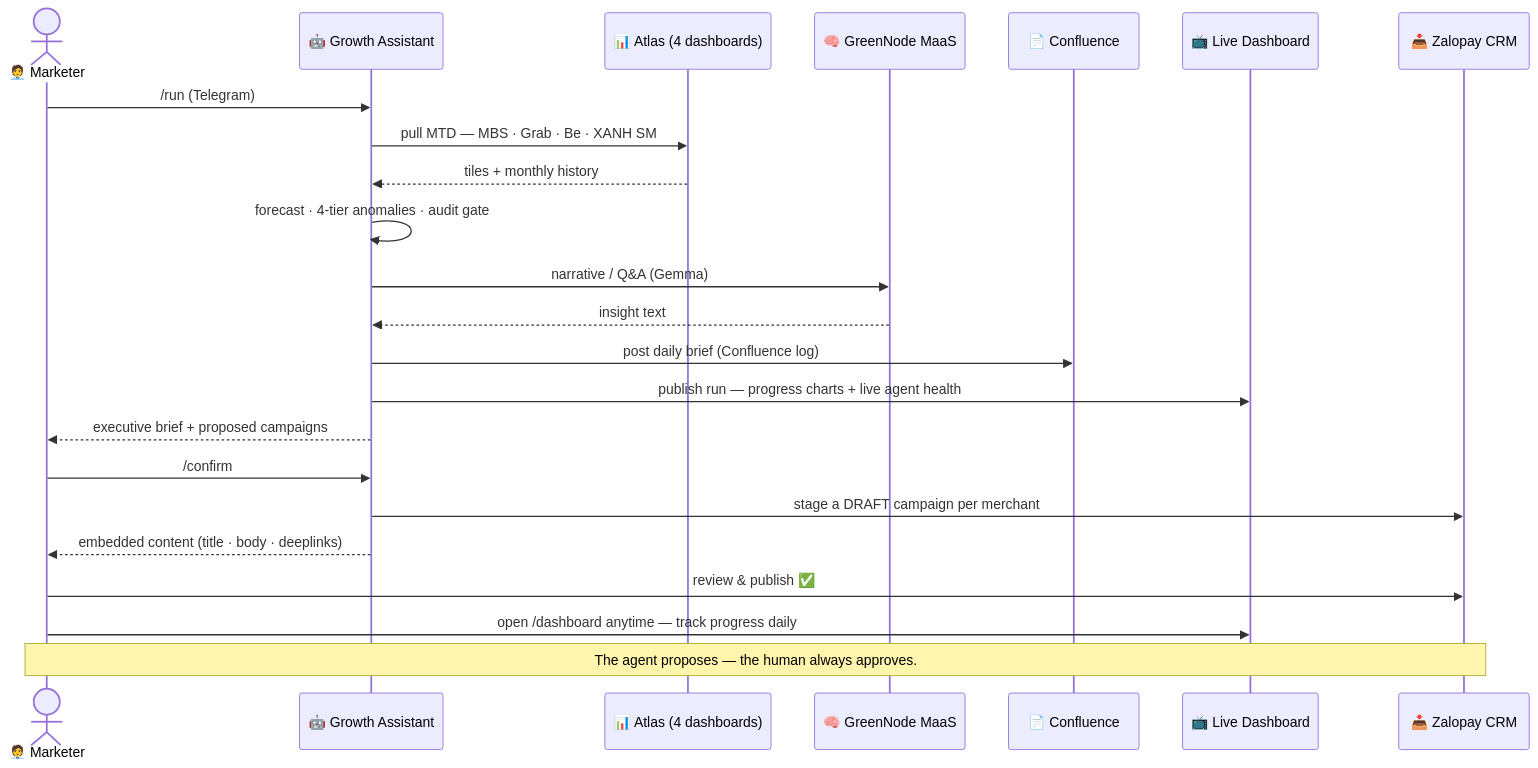
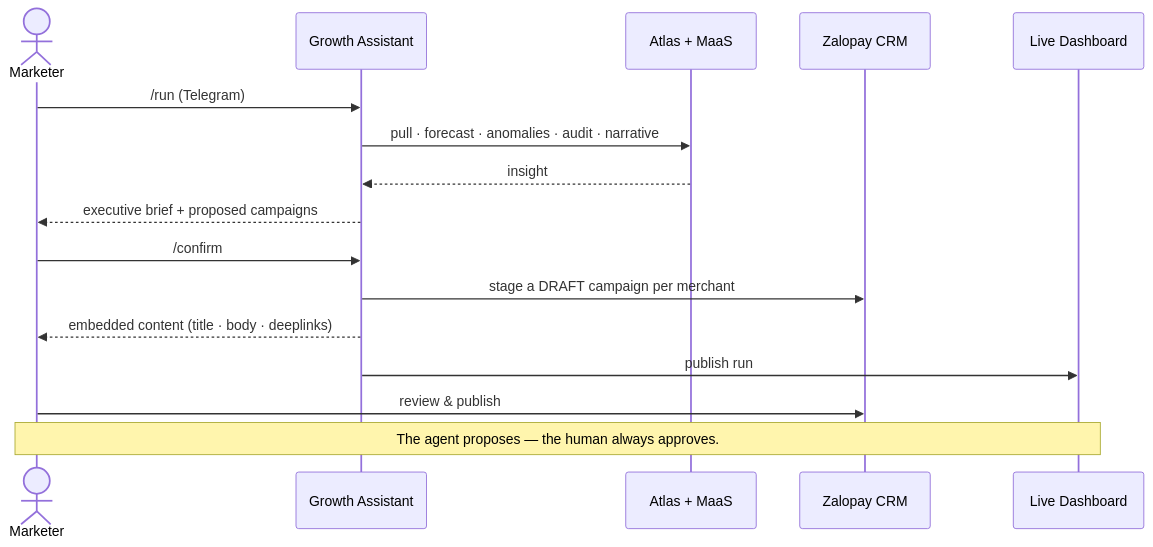
The second of 5 diagrams in README.md (thai-max-nguyen/claw-a-thon-demo-agent-mvp), drawn with Mermaid before and after one commit. The commit also changed other lines of this file and 1 other file, not shown here.

First line of the commit message:
docs: restructure README around the two mechanisms + fix broken mermaid

````diff
--- a/README.md
+++ b/README.md
@@ -38,25 +72,18 @@
 ```mermaid
 sequenceDiagram
-  actor M as 🧑‍💼 Marketer
-  participant A as 🤖 Growth Assistant
-  participant AT as 📊 Atlas (4 dashboards)
-  participant LLM as 🧠 GreenNode MaaS
-  participant CF as 📄 Confluence
-  participant DB as 📺 Live Dashboard
-  participant C as 📥 Zalopay CRM
-  M->>A: /run  (Telegram)
-  A->>AT: pull MTD — MBS · Grab · Be · XANH SM
-  AT-->>A: tiles + monthly history
-  A->>A: forecast · 4-tier anomalies · audit gate
-  A->>LLM: narrative / Q&A (Gemma)
-  LLM-->>A: insight text
-  A->>CF: post daily brief (Confluence log)
-  A->>DB: publish run — progress charts + live agent health
+  actor M as Marketer
+  participant A as Growth Assistant
+  participant X as Atlas + MaaS
+  participant C as Zalopay CRM
+  participant DB as Live Dashboard
+  M->>A: /run (Telegram)
+  A->>X: pull · forecast · anomalies · audit · narrative
+  X-->>A: insight
   A-->>M: executive brief + proposed campaigns
   M->>A: /confirm
   A->>C: stage a DRAFT campaign per merchant
   A-->>M: embedded content (title · body · deeplinks)
-  M->>C: review & publish ✅
-  M->>DB: open /dashboard anytime — track progress daily
-  Note over M,C: The agent proposes — the human always approves.
+  A->>DB: publish run
+  M->>C: review & publish
+  Note over M,DB: The agent proposes — the human always approves.
 ```
````
